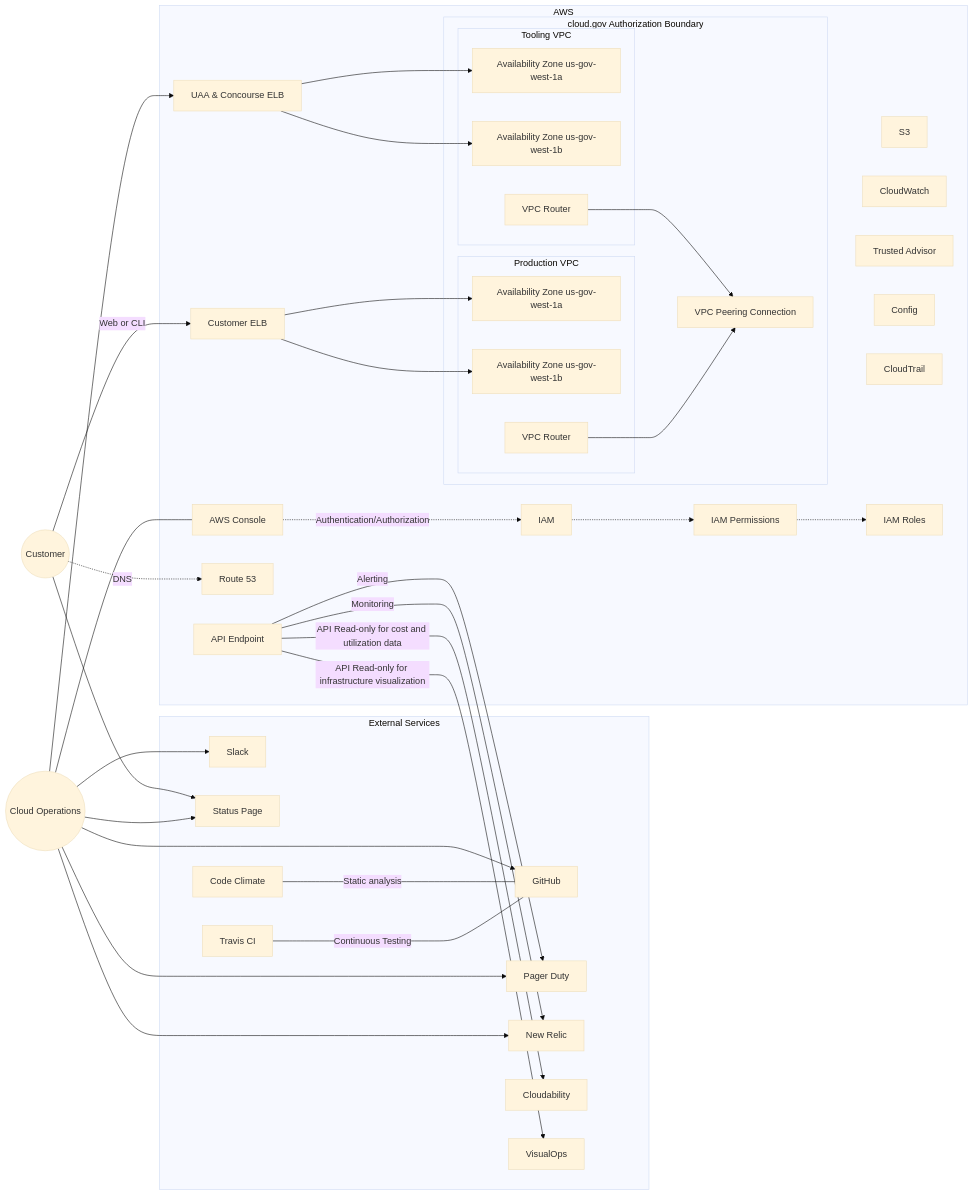
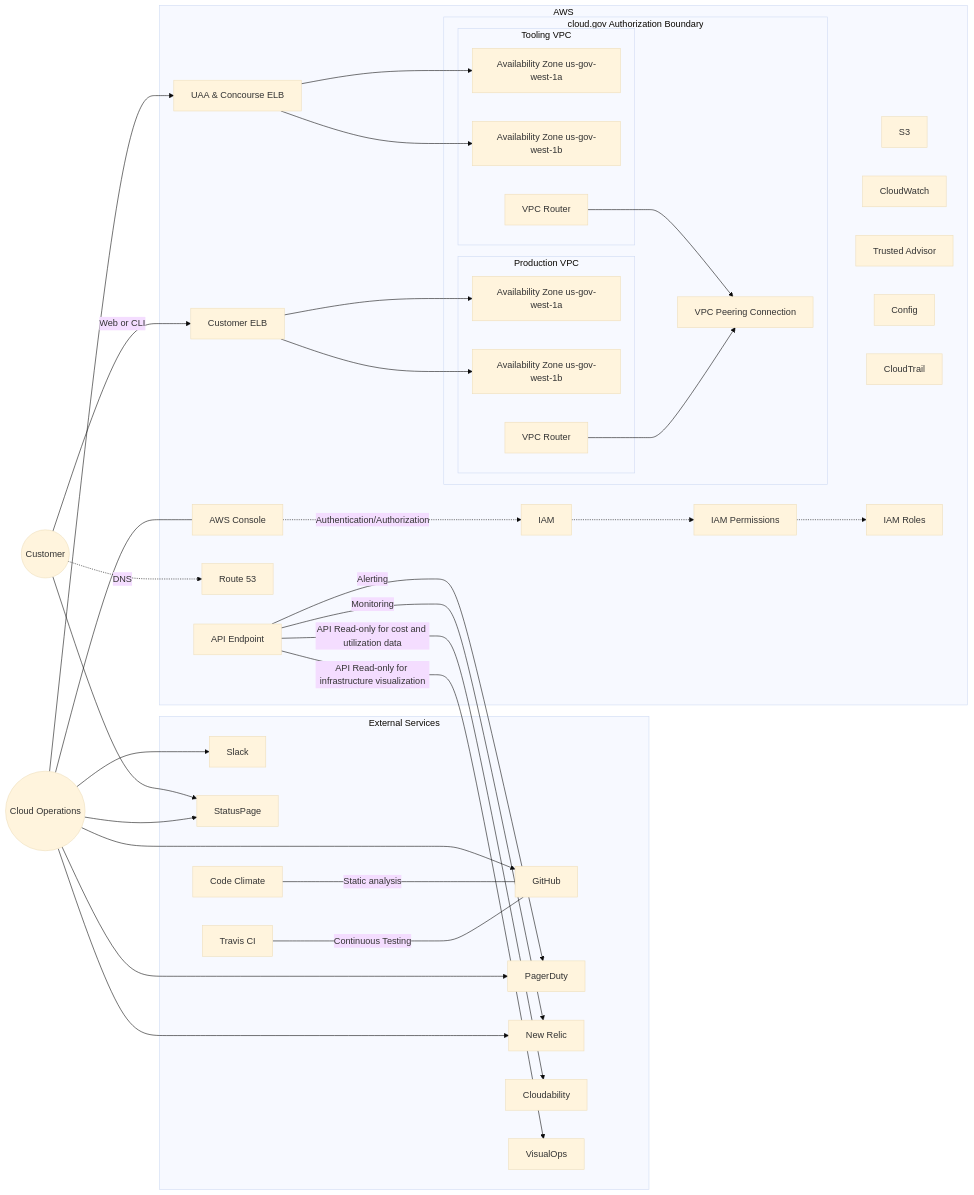
One commit to cloud-gov/system-diagrams changed the diagram in source/diagrams/10-1.1-network.mmd. Above: the diagram before and after it, drawn with Mermaid (base theme). The commit also changed 3 other files, not shown here.

```diff
--- a/source/diagrams/10-1.1-network.mmd
+++ b/source/diagrams/10-1.1-network.mmd
@@ -1,75 +1,75 @@
 %% title: 10-1.1 Network
 %% description: Section 10 - System Environment - Figure 10-1.1 Network
 graph LR
   subgraph External Services
     github["GitHub"]
     slack["Slack"]
-    pagerduty["Pager Duty"]
+    pagerduty["PagerDuty"]
     newrelic["New Relic"]
-    statuspage["Status Page"]
+    statuspage["StatusPage"]
     codeclimate["Code Climate"]
     travis["Travis CI"]
     cloudability["Cloudability"]
     visualops["VisualOps"]
   end
   subgraph AWS
     api["API Endpoint"]
     apps-elb["Customer ELB"]
     ops-elb["UAA & Concourse ELB"]
     s3["S3"]
     cloudwatch["CloudWatch"]
     advisor["Trusted Advisor"]
     config["Config"]
     cloudtrail["CloudTrail"]
     route53["Route 53"]
     iam["IAM"]
     iam-perms["IAM Permissions"]
     iam-roles["IAM Roles"]
     aws-console["AWS Console"]
     subgraph cloud.gov Authorization Boundary
       subgraph Production VPC
         prod-az-1a["Availability Zone us-gov-west-1a"]
         prod-az-1b["Availability Zone us-gov-west-1b"]
         vpc-router-prod["VPC Router"]
       end
       vpc-peering["VPC Peering Connection"]
       subgraph Tooling VPC
         tooling-az-1a["Availability Zone us-gov-west-1a"]
         tooling-az-1b["Availability Zone us-gov-west-1b"]
         vpc-router-tooling["VPC Router"]
       end
     end
   end
   customer(("Customer"))
   ops(("Cloud Operations"))
 
   customer-.DNS.->route53
   customer--Web or CLI-->apps-elb
   customer-->statuspage
 
   ops-->ops-elb
   ops-->github
   ops-->slack
   ops---aws-console
   ops-->newrelic
   ops-->statuspage
   ops-->pagerduty
 
   codeclimate-- Static analysis --- github
   travis-- Continuous Testing --- github
   api--Monitoring-->newrelic
   api--Alerting-->pagerduty
   api--API Read-only for infrastructure visualization-->visualops
   api--API Read-only for cost and utilization data-->cloudability
 
   apps-elb-->prod-az-1a
   apps-elb-->prod-az-1b
 
   ops-elb-->tooling-az-1a
   ops-elb-->tooling-az-1b
 
   vpc-router-tooling-->vpc-peering
   vpc-router-prod-->vpc-peering
   aws-console-."Authentication/Authorization".->iam
   iam-.->iam-perms
   iam-perms-.->iam-roles
```
